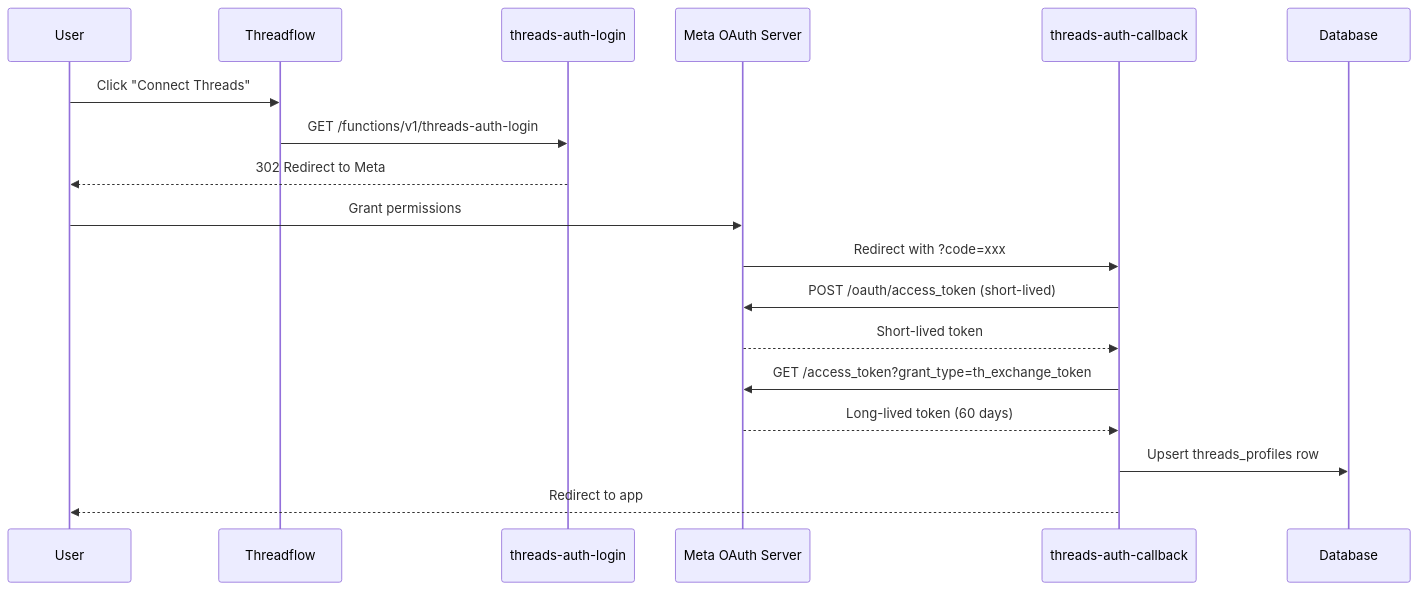
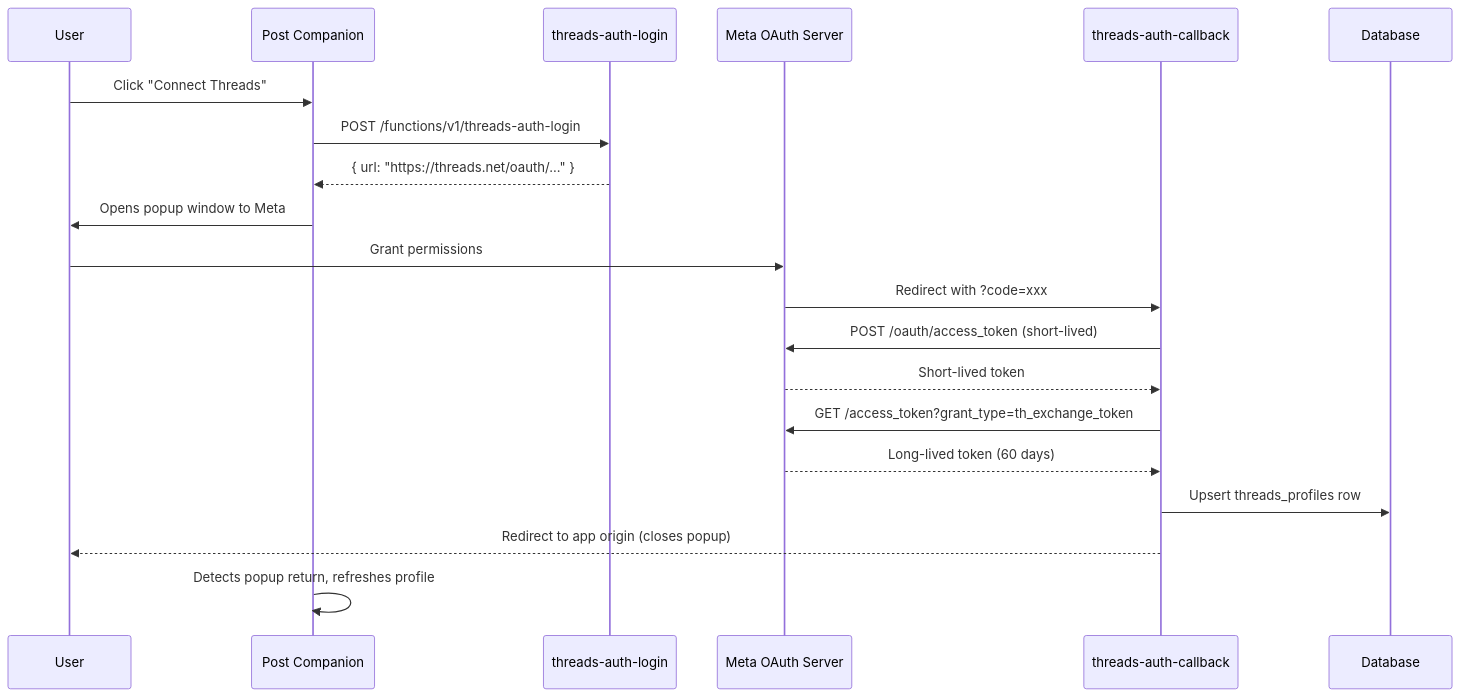
The first of 2 diagrams in integrations/threads-api.mdx (thedrivenceo/threadly), drawn with Mermaid before and after one commit. The commit also changed other lines of this file, not shown here.

Commit message:
docs: update Threads API doc for popup OAuth and multi-account switching

````diff
--- a/integrations/threads-api.mdx
+++ b/integrations/threads-api.mdx
@@ -25,21 +25,23 @@
 ```mermaid
 sequenceDiagram
     participant User
-    participant App as Threadflow
+    participant App as Post Companion
     participant Login as threads-auth-login
     participant Meta as Meta OAuth Server
     participant Callback as threads-auth-callback
     participant DB as Database
 
     User->>App: Click "Connect Threads"
-    App->>Login: GET /functions/v1/threads-auth-login
-    Login-->>User: 302 Redirect to Meta
+    App->>Login: POST /functions/v1/threads-auth-login
+    Login-->>App: { url: "https://threads.net/oauth/..." }
+    App->>User: Opens popup window to Meta
     User->>Meta: Grant permissions
     Meta->>Callback: Redirect with ?code=xxx
     Callback->>Meta: POST /oauth/access_token (short-lived)
     Meta-->>Callback: Short-lived token
     Callback->>Meta: GET /access_token?grant_type=th_exchange_token
     Meta-->>Callback: Long-lived token (60 days)
     Callback->>DB: Upsert threads_profiles row
-    Callback-->>User: Redirect to app
+    Callback-->>User: Redirect to app origin (closes popup)
+    App->>App: Detects popup return, refreshes profile
 ```
````
